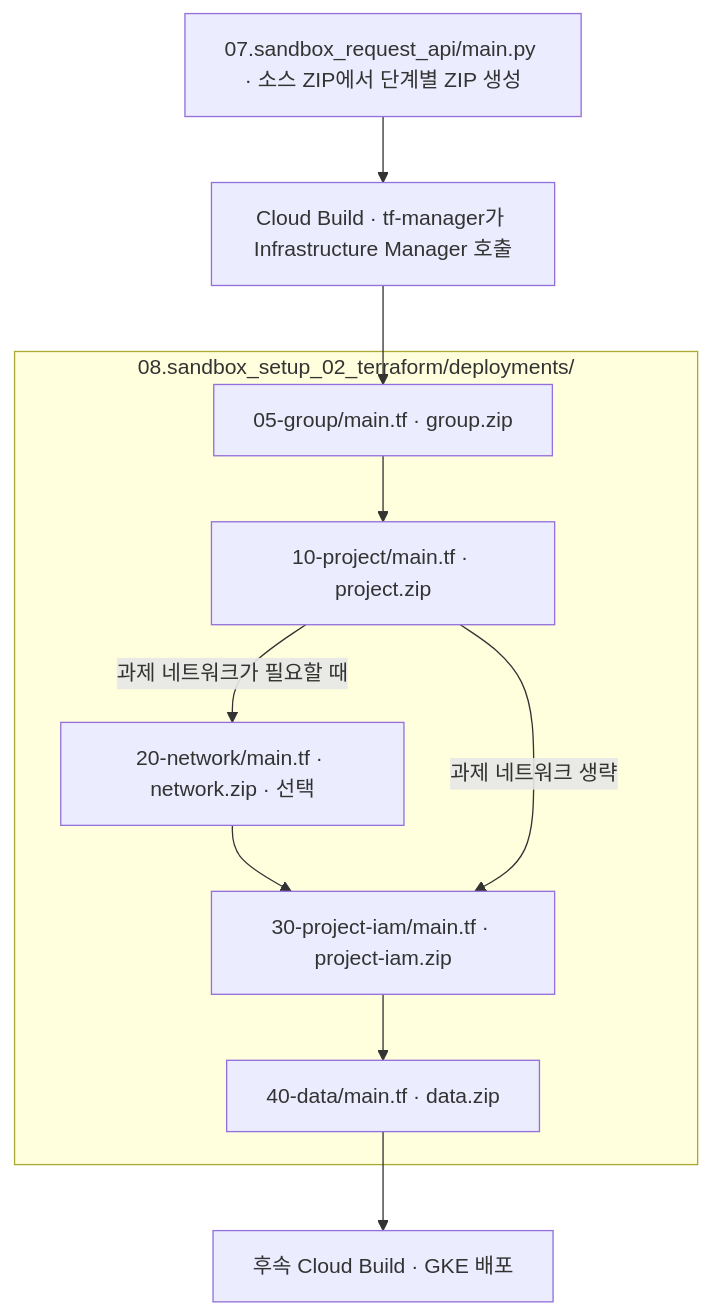
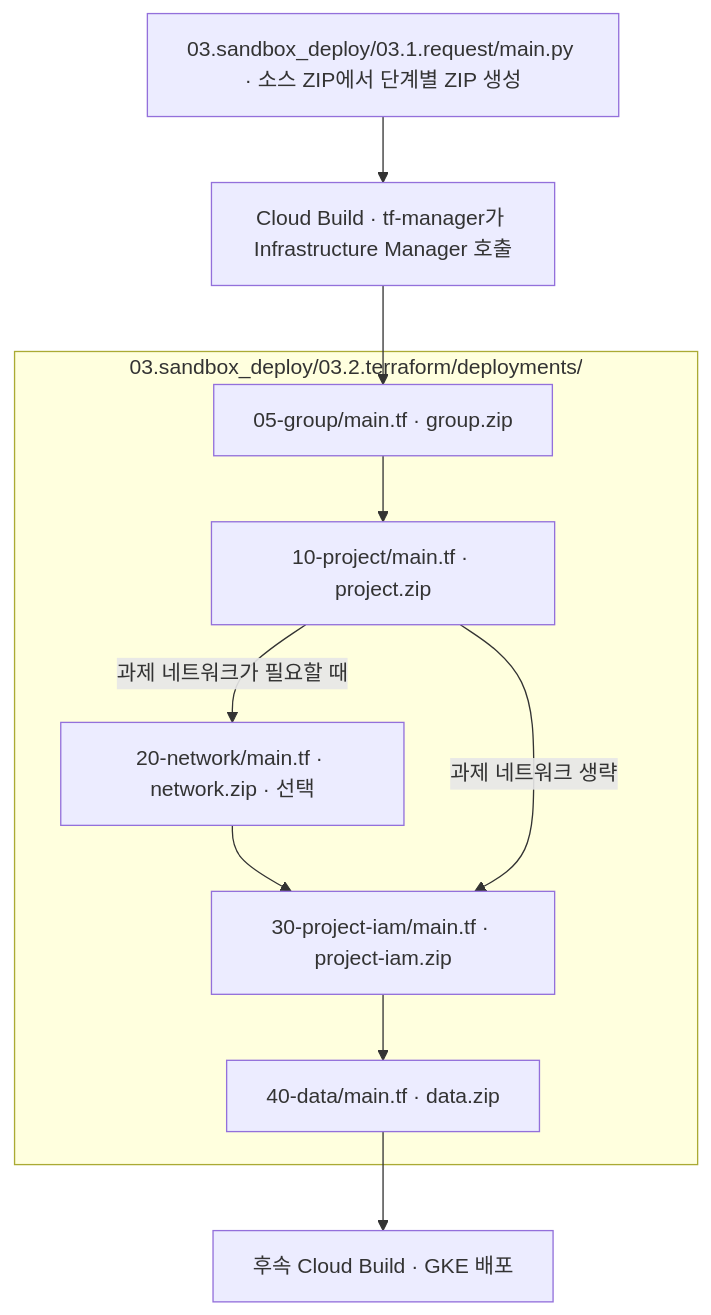
The fifth of 6 diagrams in 01.docs/reference/file-relationships.md (sonmap/https-github.com-sonmap-GCP_SBX_Test02), drawn with Mermaid before and after one commit. The commit also changed other lines of this file and 78 other files, not shown here.

````diff
--- a/01.docs/reference/file-relationships.md
+++ b/01.docs/reference/file-relationships.md
@@ -122,18 +122,18 @@
 ```mermaid
 flowchart TD
-    A["07.sandbox_request_api/main.py · 소스 ZIP에서 단계별 ZIP 생성"]
+    A["03.sandbox_deploy/03.1.request/main.py · 소스 ZIP에서 단계별 ZIP 생성"]
     B["Cloud Build · tf-manager가 Infrastructure Manager 호출"]
-    subgraph TF["08.sandbox_setup_02_terraform/deployments/"]
+    subgraph TF["03.sandbox_deploy/03.2.terraform/deployments/"]
       G["05-group/main.tf · group.zip"]
       P["10-project/main.tf · project.zip"]
       N["20-network/main.tf · network.zip · 선택"]
       I["30-project-iam/main.tf · project-iam.zip"]
       D["40-data/main.tf · data.zip"]
       G --> P
       P -->|"과제 네트워크가 필요할 때"| N --> I
       P -->|"과제 네트워크 생략"| I
       I --> D
     end
     A --> B --> G
     D --> K["후속 Cloud Build · GKE 배포"]
 ```
````
